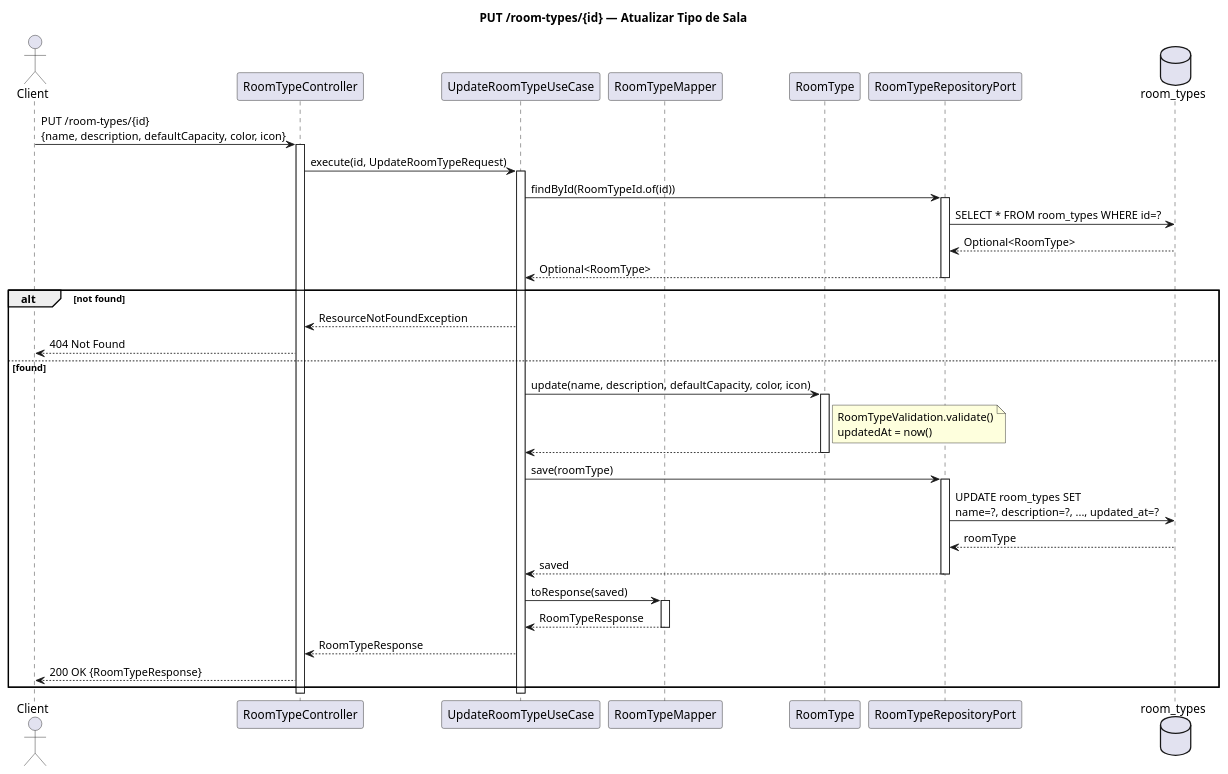
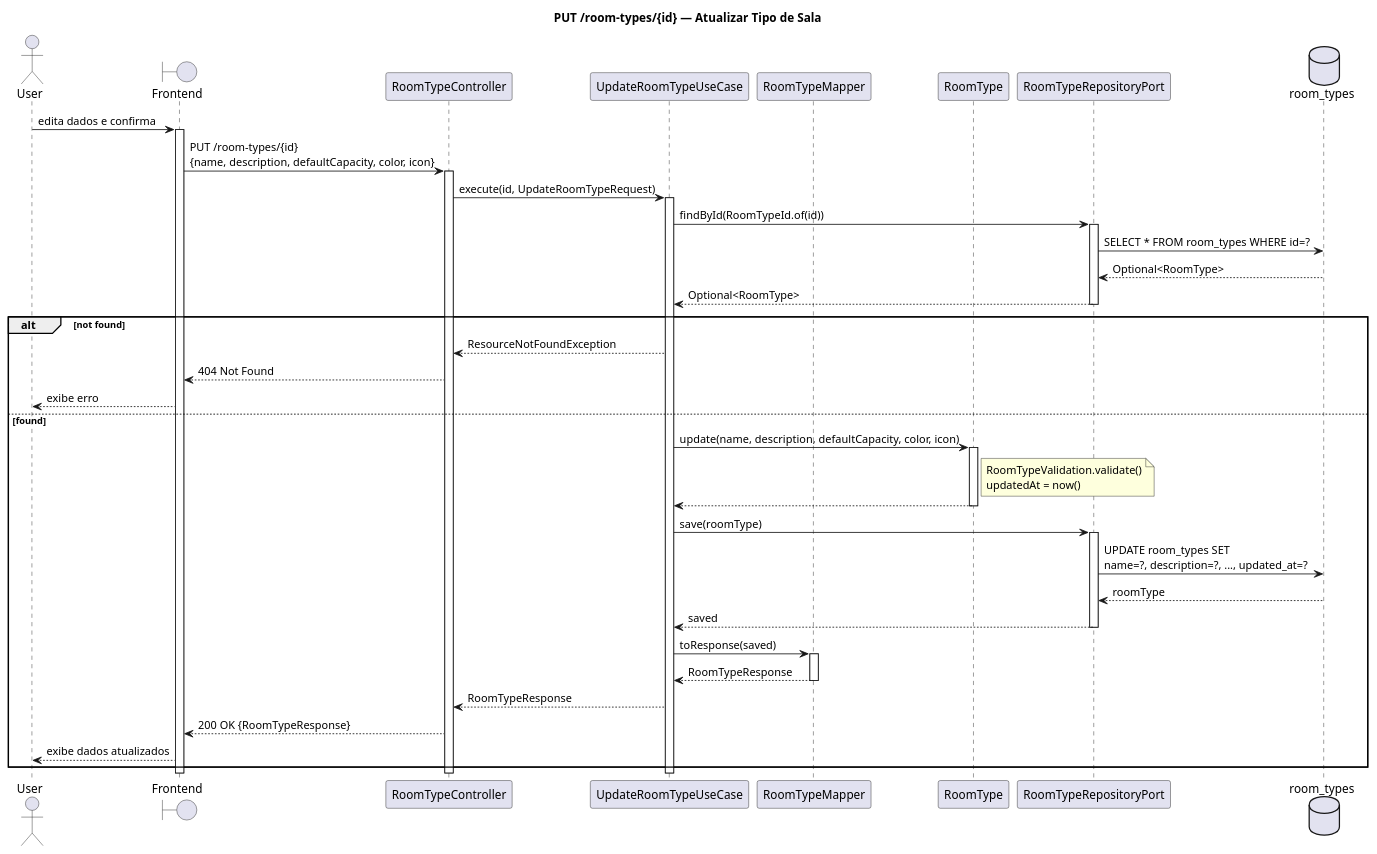
Before and after one commit to Neoguara/rooms-diagrams: the diagram in sequencia/room_type/update_room_type.puml, drawn with PlantUML. The commit also changed 28 other files, not shown here.

```diff
--- a/sequencia/room_type/update_room_type.puml
+++ b/sequencia/room_type/update_room_type.puml
@@ -1,55 +1,61 @@
 @startuml update_room_type
 
 title PUT /room-types/{id} — Atualizar Tipo de Sala
 
-actor Client
+actor User
+boundary "Frontend" as FE
 participant "RoomTypeController" as Ctrl
 participant "UpdateRoomTypeUseCase" as UC
 participant "RoomTypeMapper" as Mapper
 participant "RoomType" as Entity
 participant "RoomTypeRepositoryPort" as Repo
 database "room_types" as DB
 
-Client -> Ctrl: PUT /room-types/{id}\n{name, description, defaultCapacity, color, icon}
+User -> FE: edita dados e confirma
+activate FE
+FE -> Ctrl: PUT /room-types/{id}\n{name, description, defaultCapacity, color, icon}
 activate Ctrl
 
 Ctrl -> UC: execute(id, UpdateRoomTypeRequest)
 activate UC
 
 UC -> Repo: findById(RoomTypeId.of(id))
 activate Repo
 Repo -> DB: SELECT * FROM room_types WHERE id=?
 DB --> Repo: Optional<RoomType>
 Repo --> UC: Optional<RoomType>
 deactivate Repo
 
 alt not found
   UC --> Ctrl: ResourceNotFoundException
-  Ctrl --> Client: 404 Not Found
+  Ctrl --> FE: 404 Not Found
+  FE --> User: exibe erro
 else found
   UC -> Entity: update(name, description, defaultCapacity, color, icon)
   activate Entity
   note right of Entity: RoomTypeValidation.validate()\nupdatedAt = now()
   Entity --> UC:
   deactivate Entity
 
   UC -> Repo: save(roomType)
   activate Repo
   Repo -> DB: UPDATE room_types SET\nname=?, description=?, ..., updated_at=?
   DB --> Repo: roomType
   Repo --> UC: saved
   deactivate Repo
 
   UC -> Mapper: toResponse(saved)
   activate Mapper
   Mapper --> UC: RoomTypeResponse
   deactivate Mapper
 
   UC --> Ctrl: RoomTypeResponse
-  Ctrl --> Client: 200 OK {RoomTypeResponse}
+  Ctrl --> FE: 200 OK {RoomTypeResponse}
+  FE --> User: exibe dados atualizados
 end
 
 deactivate UC
 deactivate Ctrl
+deactivate FE
 
 @enduml
```
